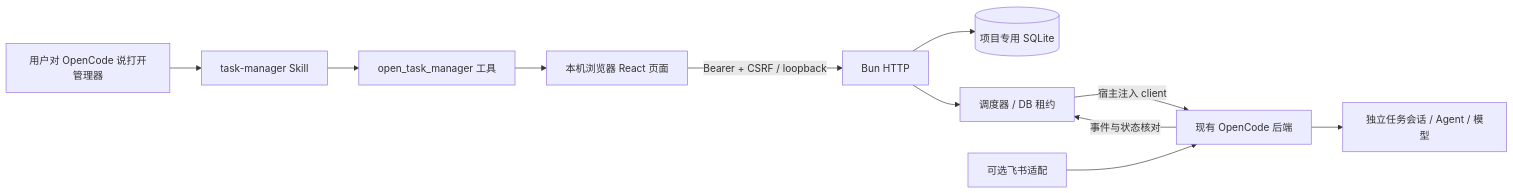
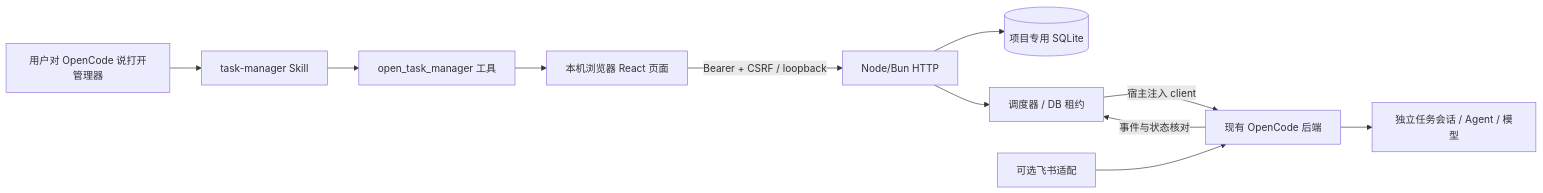
One commit to materialofair/opencode-workbench changed the diagram in docs/ARCHITECTURE.md. Above: the diagram before and after it, drawn with Mermaid. The commit also changed other lines of this file and 27 other files, not shown here.

````diff
--- a/docs/ARCHITECTURE.md
+++ b/docs/ARCHITECTURE.md
@@ -3,13 +3,13 @@
 ```mermaid
 flowchart LR
   U[用户对 OpenCode 说打开管理器] --> S[task-manager Skill]
   S --> T[open_task_manager 工具]
   T --> B[本机浏览器 React 页面]
-  B -->|Bearer + CSRF / loopback| H[Bun HTTP]
+  B -->|Bearer + CSRF / loopback| H[Node/Bun HTTP]
   H --> D[(项目专用 SQLite)]
   H --> E[调度器 / DB 租约]
   E -->|宿主注入 client| O[现有 OpenCode 后端]
   O --> A[独立任务会话 / Agent / 模型]
   O -->|事件与状态核对| E
   F[可选飞书适配] --> O
 ```
````
